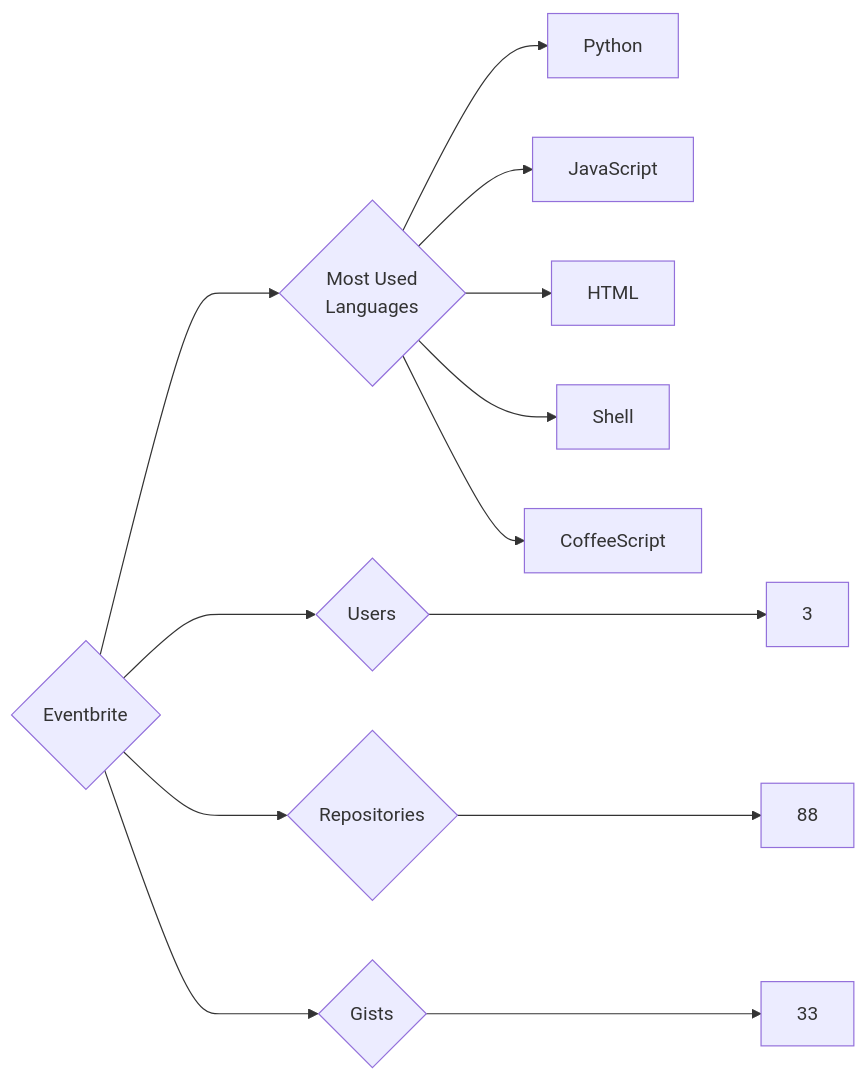
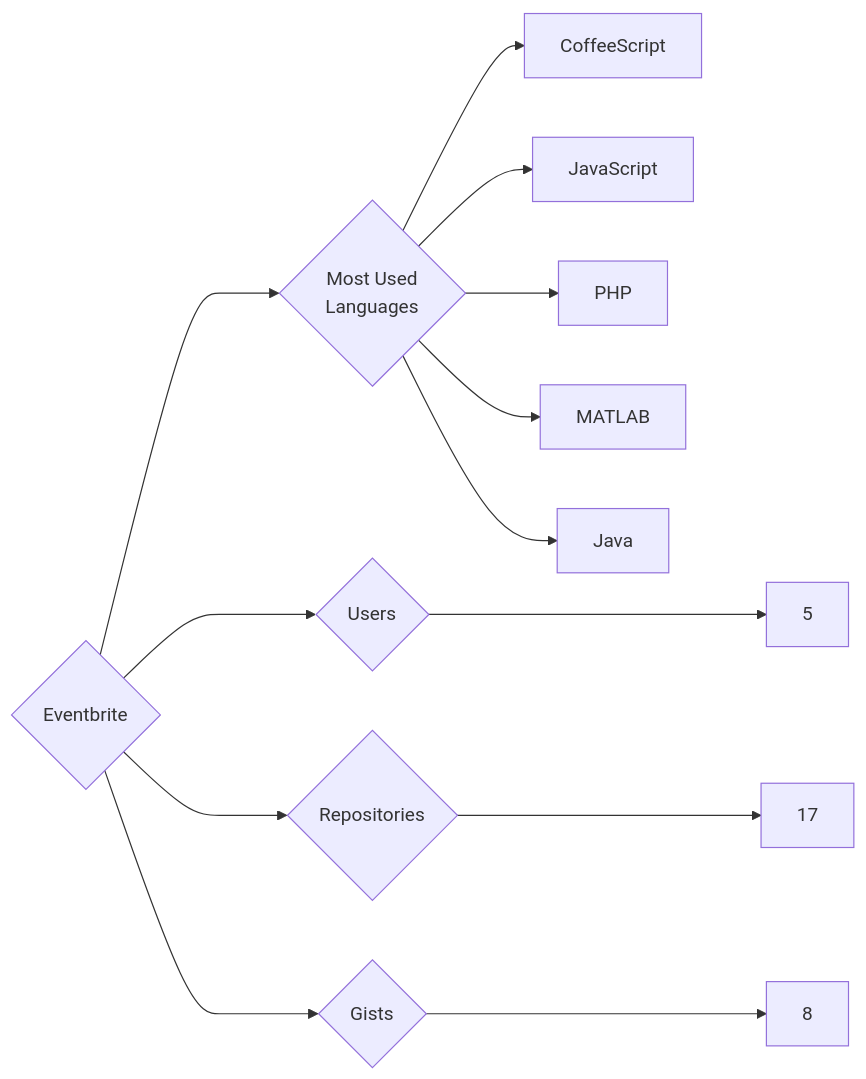
The diagram in targets/Eventbrite/README.md (trickest/insiders), drawn with Mermaid before and after one commit. The commit also changed 993 other files, not shown here.

````diff
--- a/targets/Eventbrite/README.md
+++ b/targets/Eventbrite/README.md
@@ -3,13 +3,13 @@
 ```mermaid
 graph LR
 COMPANY_NAME{Eventbrite}
-COMPANY_NAME ---> U{Users} ---> UN[3]
-COMPANY_NAME ---> R{Repositories} ---> RN[88]
-COMPANY_NAME ---> G{Gists} ---> GN[33]
+COMPANY_NAME ---> U{Users} ---> UN[5]
+COMPANY_NAME ---> R{Repositories} ---> RN[17]
+COMPANY_NAME ---> G{Gists} ---> GN[8]
 COMPANY_NAME ---> ML{Most Used<br>Languages}
-ML --> Python[Python]
+ML --> CoffeeScript[CoffeeScript]
 ML --> JavaScript[JavaScript]
-ML --> HTML[HTML]
-ML --> Shell[Shell]
-ML --> CoffeeScript[CoffeeScript]
+ML --> PHP[PHP]
+ML --> MATLAB[MATLAB]
+ML --> Java[Java]
 ```
````
